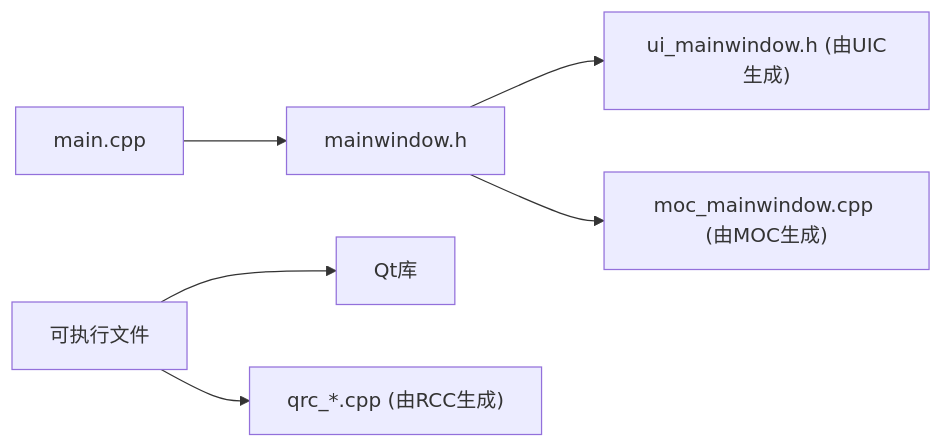
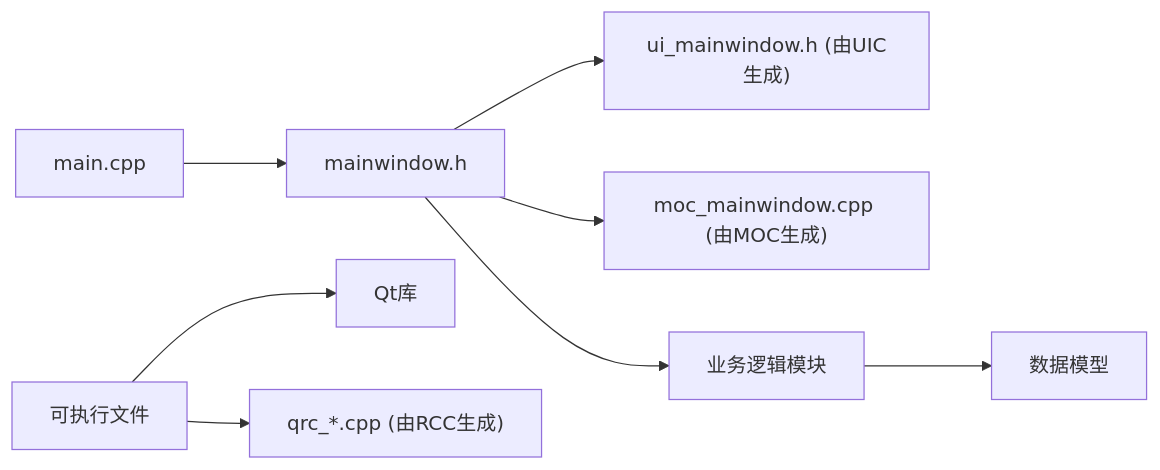
One commit to jakecai1225-design/OpenBus changed the fourth of 4 diagrams in .qoder/repowiki/zh/content/构建和部署/构建流程.md. Above: the diagram before and after it, drawn with Mermaid. The commit also changed other lines of this file and 29 other files, not shown here.

````diff
--- a/.qoder/repowiki/zh/content/构建和部署/构建流程.md
+++ b/.qoder/repowiki/zh/content/构建和部署/构建流程.md
@@ -209,8 +229,10 @@
 ```mermaid
 graph LR
 Main["main.cpp"] --> UIH["mainwindow.h"]
 UIH --> UIC["ui_mainwindow.h (由UIC生成)"]
 UIH --> MOC["moc_mainwindow.cpp (由MOC生成)"]
 App["可执行文件"] --> QtLibs["Qt库"]
 App --> QRC["qrc_*.cpp (由RCC生成)"]
+UIH --> Business["业务逻辑模块"]
+Business --> Data["数据模型"]
 ```
````
